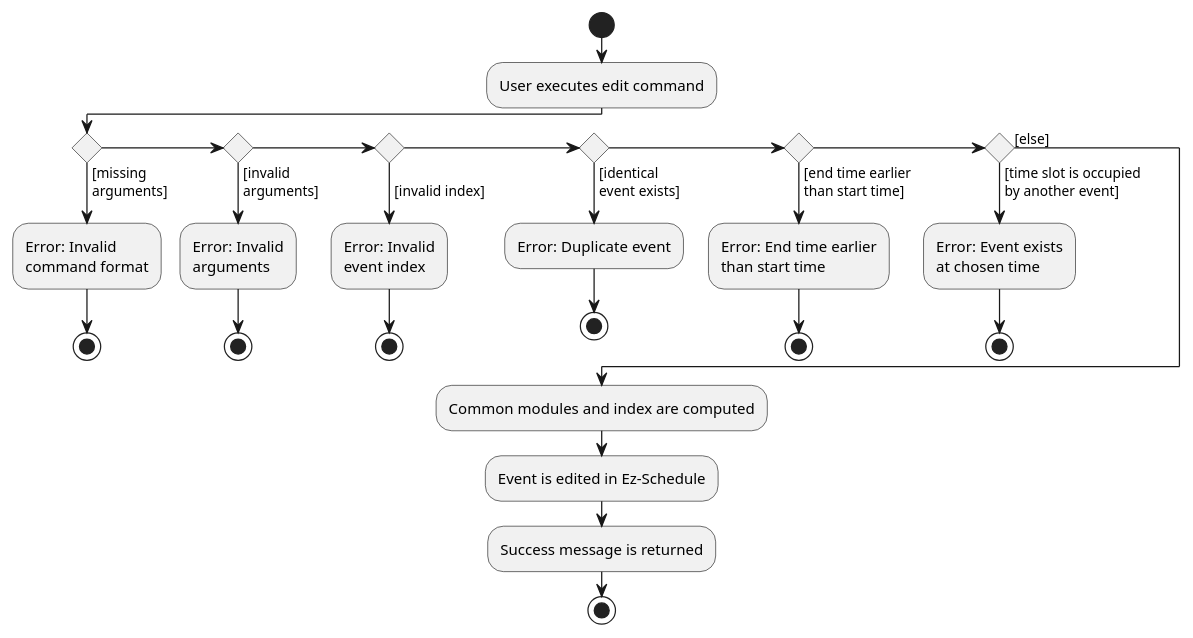
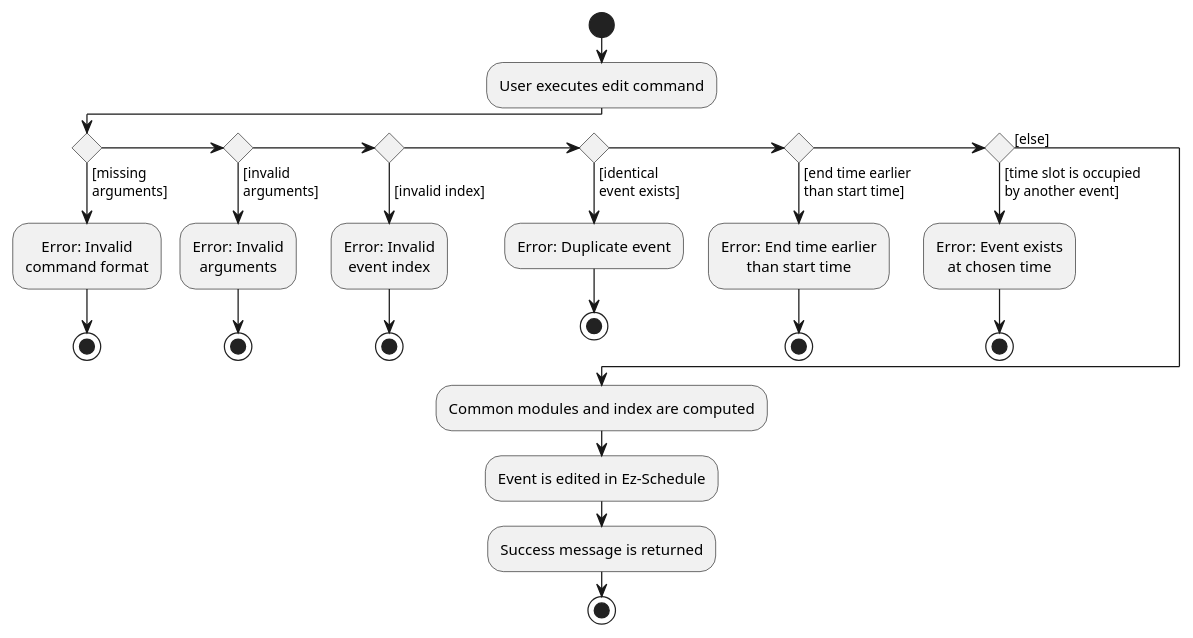
The diagram in docs/diagrams/EditCommandActivityDiagram.puml (nus-cs2103-AY2223S2/tp), drawn with PlantUML before and after one commit. The commit also changed 2 other files, not shown here.

Commit message:
Add recur event activtiy diagram

```diff
--- a/docs/diagrams/EditCommandActivityDiagram.puml
+++ b/docs/diagrams/EditCommandActivityDiagram.puml
@@ -1,43 +1,44 @@
 @startuml
+skinparam defaultTextAlignment center
 start
 :User executes edit command;
 
 'Since the beta syntax does not support placing the condition outside the
 'diamond we place it as the true branch instead.
 
 if () then ([missing
 arguments])
     :Error: Invalid
     command format;
 stop
 else if () then ([invalid
 arguments])
     :Error: Invalid
     arguments;
 stop
 else if () then (
 [invalid index])
     :Error: Invalid
     event index;
 stop
 else if () then ([identical
 event exists])
     :Error: Duplicate event;
 stop
 else if () then ([end time earlier
 than start time])
     :Error: End time earlier
     than start time;
 stop
 else if () then ([time slot is occupied
 by another event])
     :Error: Event exists
     at chosen time;
 stop
 else ([else])
 endif
     :Common modules and index are computed;
     :Event is edited in Ez-Schedule;
     :Success message is returned;
 stop
 @enduml
```
